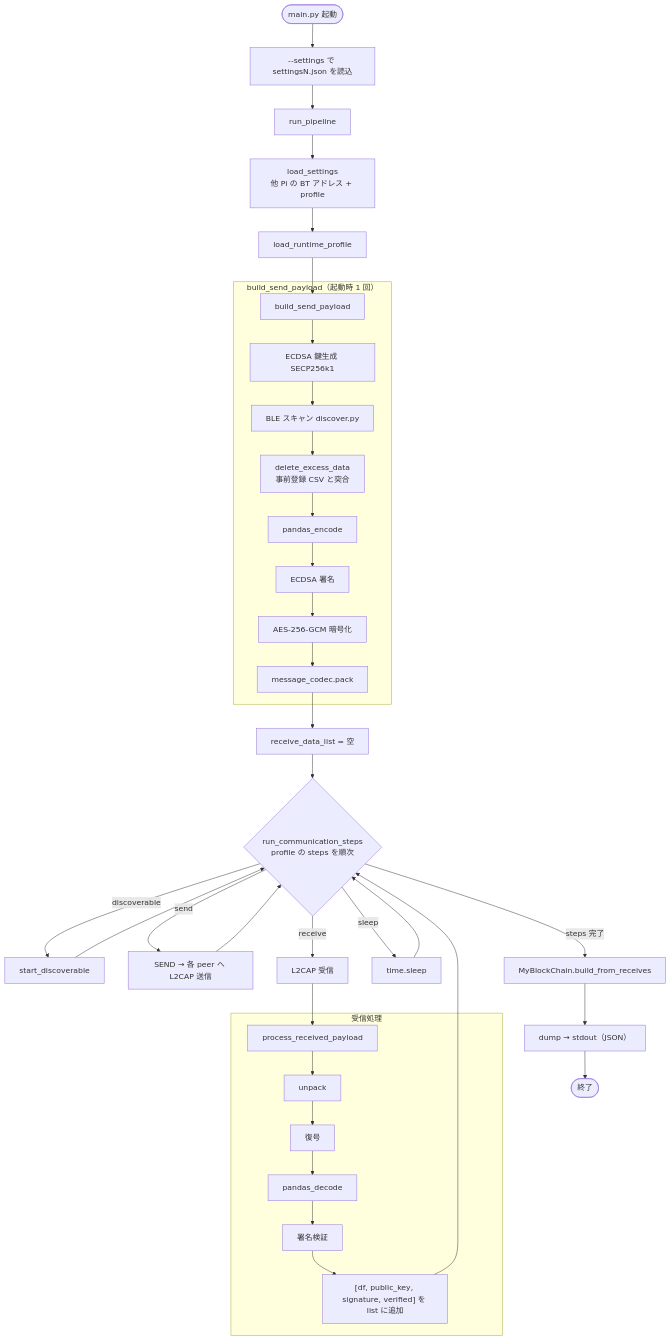
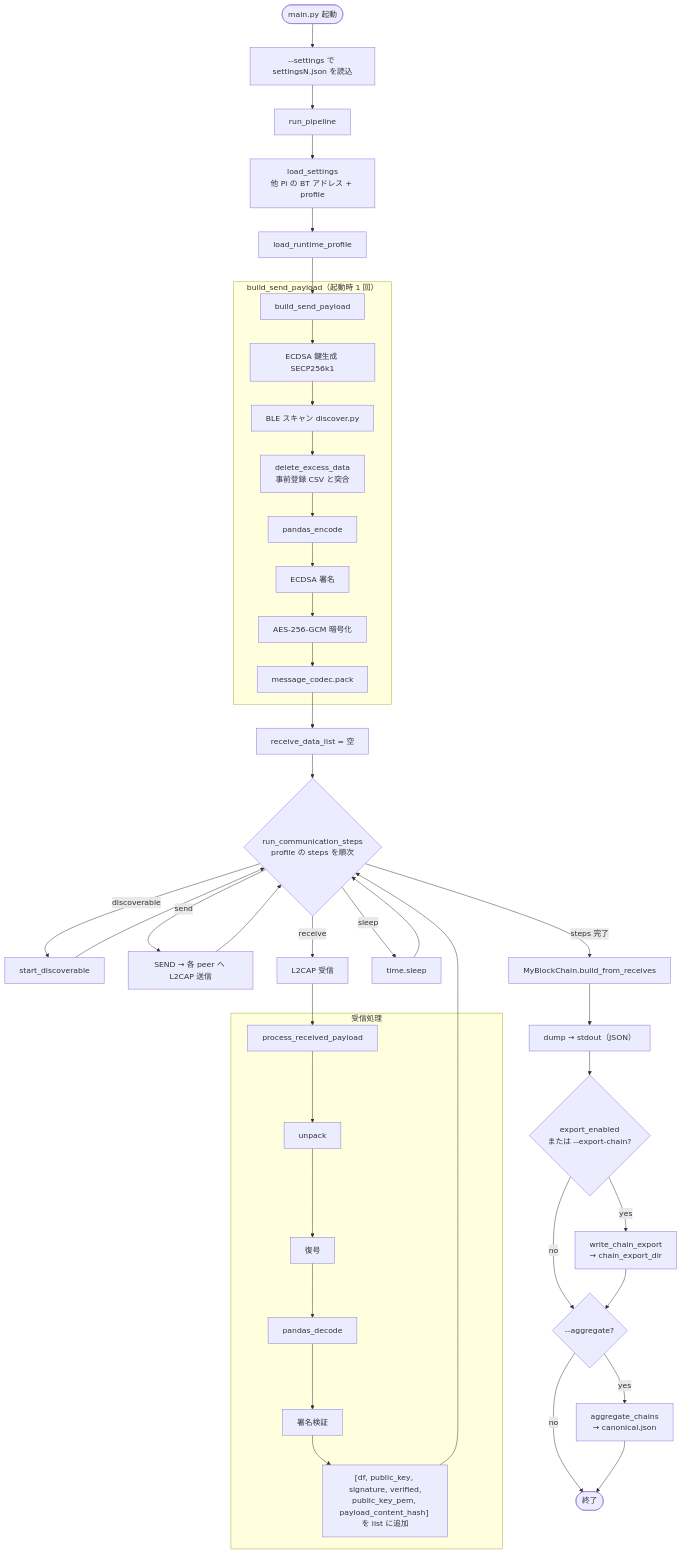
Before and after one commit to T3pp31/BLE_Blockchain: the first of 2 diagrams in README.md, drawn with Mermaid. The commit also changed other lines of this file and 21 other files, not shown here.

````diff
--- a/README.md
+++ b/README.md
@@ -119,45 +134,51 @@
 ```mermaid
 flowchart TD
     Start([main.py 起動]) --> Parse["--settings で settingsN.json を読込"]
     Parse --> RunPipe[run_pipeline]
 
     RunPipe --> LoadSet["load_settings<br/>他 Pi の BT アドレス + profile"]
     LoadSet --> LoadProf[load_runtime_profile]
     LoadProf --> BuildPayload[build_send_payload]
 
     subgraph build_once["build_send_payload（起動時 1 回）"]
         BuildPayload --> MakeKey[ECDSA 鍵生成 SECP256k1]
         MakeKey --> Scan[BLE スキャン discover.py]
         Scan --> Filter[delete_excess_data<br/>事前登録 CSV と突合]
         Filter --> EncPlain[pandas_encode]
         EncPlain --> Sign[ECDSA 署名]
         Sign --> AES[AES-256-GCM 暗号化]
         AES --> Pack[message_codec.pack]
     end
 
     Pack --> InitRecv[receive_data_list = 空]
     InitRecv --> StepsLoop{"run_communication_steps<br/>profile の steps を順次"}
 
     StepsLoop -->|discoverable| Disc[start_discoverable]
     StepsLoop -->|send| Send["SEND → 各 peer へ L2CAP 送信"]
     StepsLoop -->|receive| Recv[L2CAP 受信]
     StepsLoop -->|sleep| Sleep[time.sleep]
 
     Recv --> Proc[process_received_payload]
     subgraph verify["受信処理"]
         Proc --> Unpack[unpack]
         Unpack --> Decrypt[復号]
         Decrypt --> Decode[pandas_decode]
         Decode --> VerifySig[署名検証]
-        VerifySig --> Append["[df, public_key, signature, verified] を list に追加"]
+        VerifySig --> Append["[df, public_key, signature, verified,<br/>public_key_pem, payload_content_hash] を list に追加"]
     end
 
     Disc --> StepsLoop
     Send --> StepsLoop
     Append --> StepsLoop
     Sleep --> StepsLoop
 
     StepsLoop -->|steps 完了| Chain[MyBlockChain.build_from_receives]
     Chain --> Dump["dump → stdout（JSON）"]
-    Dump --> End([終了])
+    Dump --> ExportCheck{export_enabled<br/>または --export-chain?}
+    ExportCheck -->|yes| Export["write_chain_export<br/>→ chain_export_dir"]
+    ExportCheck -->|no| AggCheck
+    Export --> AggCheck{--aggregate?}
+    AggCheck -->|yes| Aggregate["aggregate_chains<br/>→ canonical.json"]
+    AggCheck -->|no| End
+    Aggregate --> End([終了])
 ```
````
